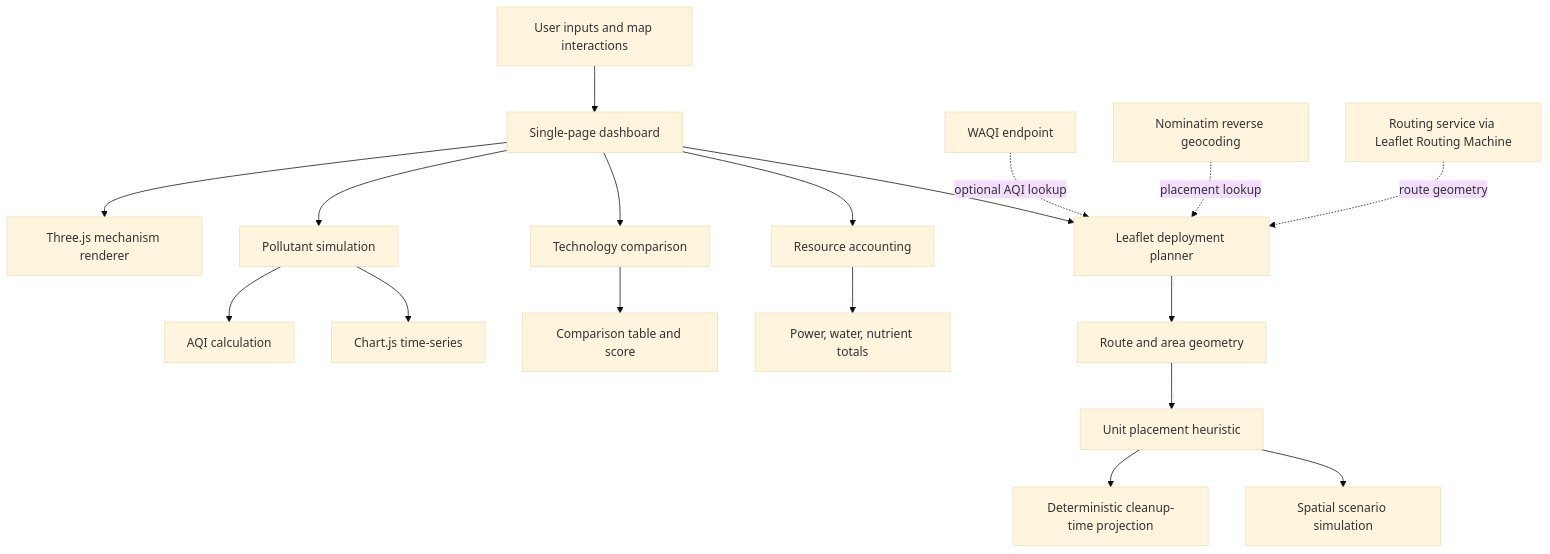
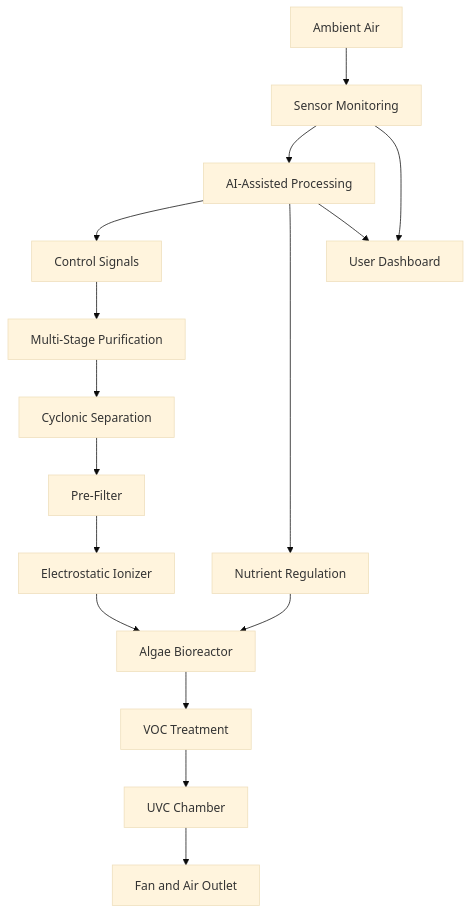
One commit to amisha-sinobann/Alvora--India-s-first-bio-based-air-purifier-simulation changed the first of 2 diagrams in README.md. Above: the diagram before and after it, drawn with Mermaid (base theme). The commit also changed other lines of this file, not shown here.

````diff
--- a/README.md
+++ b/README.md
@@ -98,22 +132,21 @@
 ```mermaid
 flowchart TD
-    U[User inputs and map interactions] --> UI[Single-page dashboard]
-    UI --> V3D[Three.js mechanism renderer]
-    UI --> SIM[Pollutant simulation]
-    UI --> CMP[Technology comparison]
-    UI --> RES[Resource accounting]
-    UI --> MAP[Leaflet deployment planner]
+    A[Ambient Air] --> B[Sensor Monitoring]
+    B --> C[AI-Assisted Processing]
+    C --> D[Control Signals]
+    D --> E[Multi-Stage Purification]
 
-    SIM --> AQI[AQI calculation]
-    SIM --> CHART[Chart.js time-series]
-    CMP --> TABLE[Comparison table and score]
-    RES --> POWER[Power, water, nutrient totals]
-    MAP --> GEO[Route and area geometry]
-    GEO --> DEPLOY[Unit placement heuristic]
-    DEPLOY --> PRED[Deterministic cleanup-time projection]
-    DEPLOY --> MISSION[Spatial scenario simulation]
+    E --> F[Cyclonic Separation]
+    F --> G[Pre-Filter]
+    G --> H[Electrostatic Ionizer]
+    H --> I[Algae Bioreactor]
+    I --> J[VOC Treatment]
+    J --> K[UVC Chamber]
+    K --> L[Fan and Air Outlet]
 
-    WAQI[WAQI endpoint] -. optional AQI lookup .-> MAP
-    NOM[Nominatim reverse geocoding] -. placement lookup .-> MAP
-    ROUTE[Routing service via Leaflet Routing Machine] -. route geometry .-> MAP
+    C --> M[Nutrient Regulation]
+    M --> I
+
+    B --> N[User Dashboard]
+    C --> N
 ```
````
